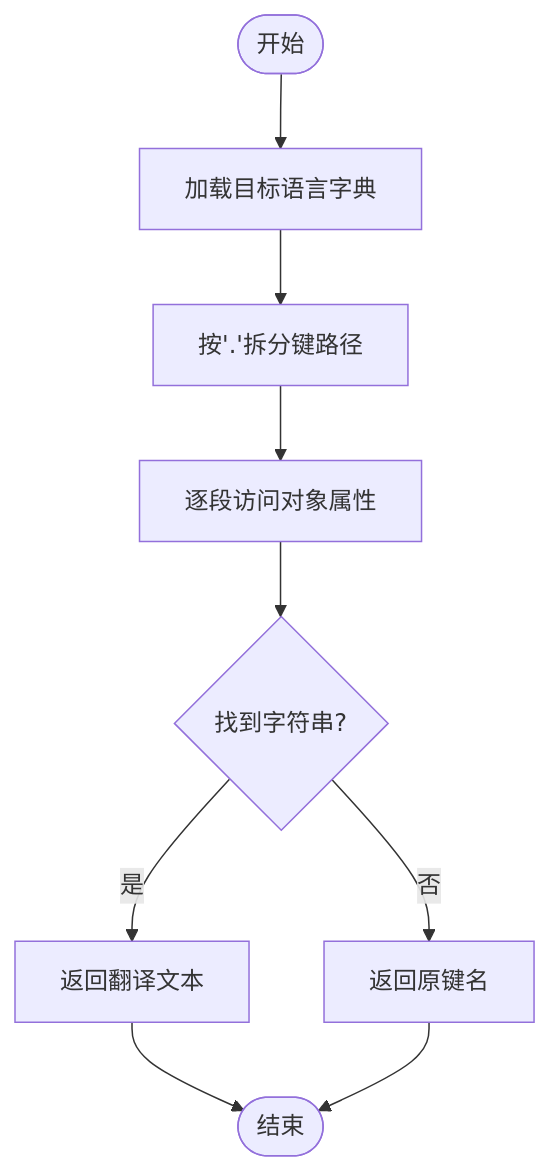
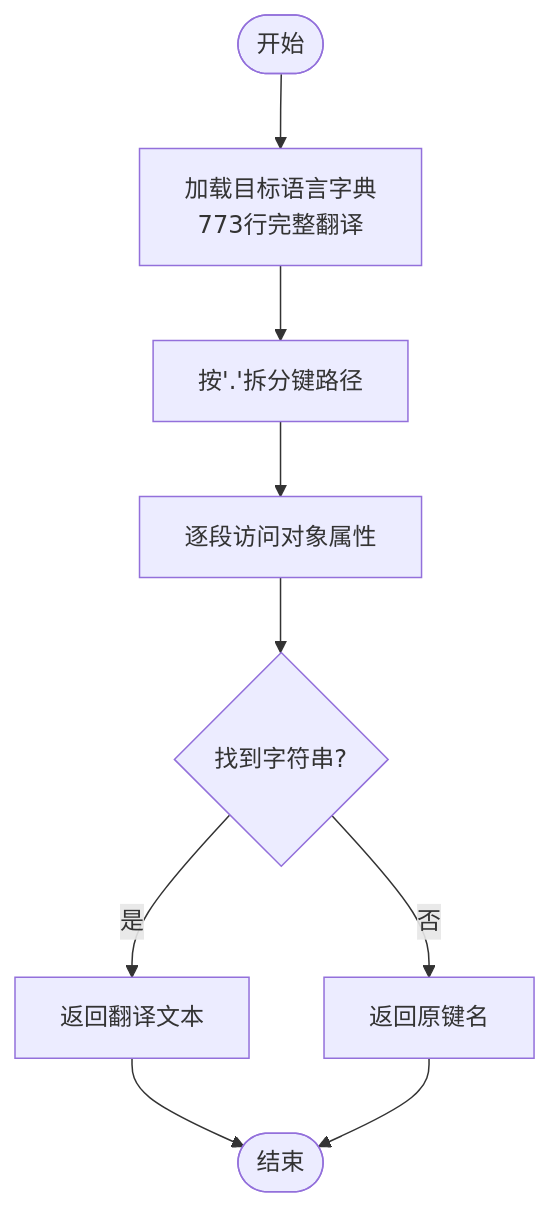
Before and after one commit to RabbitAI-Lab/RabbitCoding: the fourth of 6 diagrams in .qoder/repowiki/zh/content/国际化支持.md, drawn with Mermaid. The commit also changed other lines of this file and 130 other files, not shown here.

````diff
--- a/.qoder/repowiki/zh/content/国际化支持.md
+++ b/.qoder/repowiki/zh/content/国际化支持.md
@@ -188,11 +200,11 @@
 ```mermaid
 flowchart TD
-Start(["开始"]) --> LoadDict["加载目标语言字典"]
+Start(["开始"]) --> LoadDict["加载目标语言字典<br/>773行完整翻译"]
 LoadDict --> Split["按'.'拆分键路径"]
 Split --> Reduce["逐段访问对象属性"]
 Reduce --> Found{"找到字符串?"}
 Found --> |是| ReturnStr["返回翻译文本"]
 Found --> |否| ReturnKey["返回原键名"]
 ReturnStr --> End(["结束"])
 ReturnKey --> End
 ```
````
